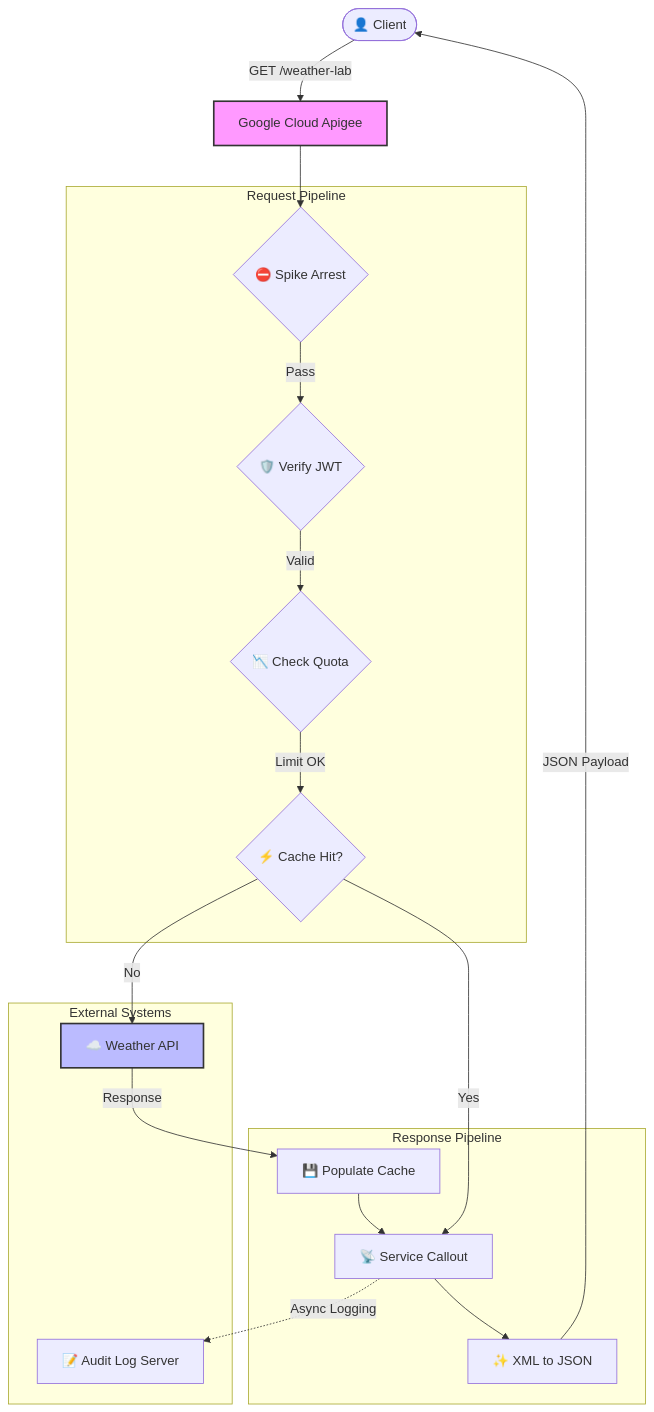
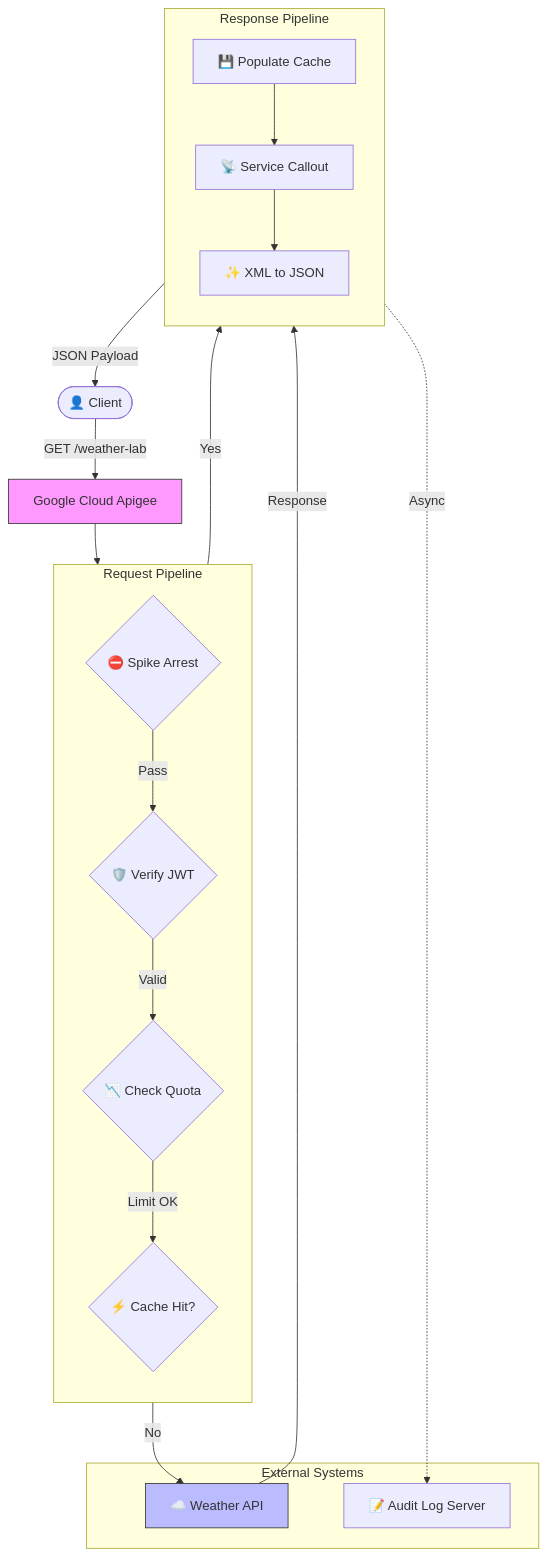
The diagram in README.md (SunnyJayaRaj/Apigee-Lab), drawn with Mermaid before and after one commit. The commit also changed other lines of this file, not shown here.

Commit message:
Proper Explanation in README.md

````diff
--- a/README.md
+++ b/README.md
@@ -51,31 +55,36 @@
 ```mermaid
-graph TD
-    Client([👤 Client]) -->|GET /weather-lab| Apigee[Google Cloud Apigee]
+flowchart TB
+ subgraph PreFlow["Request Pipeline"]
+    direction TB
+    Spike{"⛔️ Spike Arrest"}
+    JWT{"🛡️ Verify JWT"}
+    Quota{"📉 Check Quota"}
+    CacheCheck{"⚡️ Cache Hit?"}
+ end
+ subgraph External["External Systems"]
+    Backend["☁️ Weather API"]
+    LogServer["📝 Audit Log Server"]
+ end
+ subgraph PostFlow["Response Pipeline"]
+    direction TB
+    CachePop["💾 Populate Cache"]
+    LogCall["📡 Service Callout"]
+    Transform["✨ XML to JSON"]
+ end
+
+    Client(["👤 Client"]) -- "GET /weather-lab" --> Apigee["Google Cloud Apigee"]
+    Apigee --> Spike
+    Spike -- Pass --> JWT
+    JWT -- Valid --> Quota
+    Quota -- Limit OK --> CacheCheck
+    CacheCheck -- No --> Backend
+    CacheCheck -- Yes --> LogCall
+    Backend -- Response --> CachePop
+    CachePop --> LogCall
+    LogCall --> Transform
+    Transform -- JSON Payload --> Client
+    LogCall -. Async .-> LogServer
     
-    subgraph PreFlow [Request Pipeline]
-        Spike{⛔️ Spike Arrest} -->|Pass| JWT{🛡️ Verify JWT}
-        JWT -->|Valid| Quota{📉 Check Quota}
-        Quota -->|Limit OK| CacheCheck{⚡️ Cache Hit?}
-    end
-    
-    subgraph External [External Systems]
-        Backend[☁️ Weather API]
-        LogServer[📝 Audit Log Server]
-    end
-    
-    subgraph PostFlow [Response Pipeline]
-        CachePop[💾 Populate Cache] --> LogCall[📡 Service Callout]
-        LogCall --> Transform[✨ XML to JSON]
-    end
-
-    Apigee --> Spike
-    CacheCheck -->|No| Backend
-    CacheCheck -->|Yes| LogCall
-    Backend -->|Response| CachePop
-    
-    LogCall -.->|Async Logging| LogServer
-    Transform -->|JSON Payload| Client
-    
-    style Apigee fill:#f9f,stroke:#333,stroke-width:2px
-    style Backend fill:#bbf,stroke:#333,stroke-width:2px
+    style Apigee fill:#f9f,stroke:#333
+    style Backend fill:#bbf,stroke:#333
 ```
````
